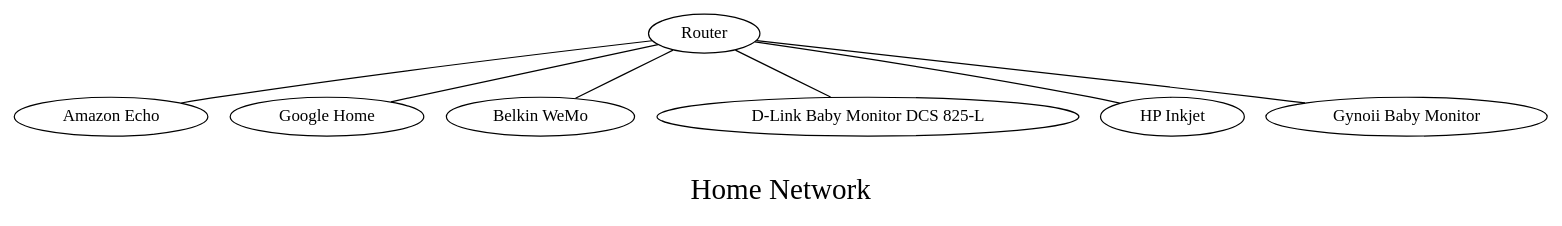
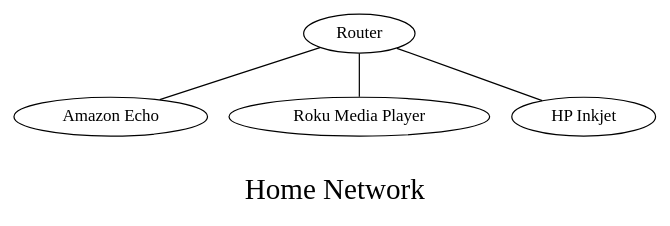
One commit to joshpxyne/iot-sec-attack-circuits changed the diagram in deliverables/home_network.dot. Above: the diagram before and after it, drawn with Graphviz. The commit also changed 18 other files, not shown here.

```diff
--- a/deliverables/home_network.dot
+++ b/deliverables/home_network.dot
@@ -1,22 +1,16 @@
 /*****
 Home Network
 *****/
 
 graph G {
   graph [splines=true overlap=false]
   node  [shape=ellipse, width=0.3, height=0.3]
   1 [label="Router"];
   2 [label="Amazon Echo"];
-  3 [label="Google Home"];
-  4 [label="Belkin WeMo"];
-  5 [label="D-Link Baby Monitor DCS 825-L"];
-  6 [label="HP Inkjet"];
-  7 [label="Gynoii Baby Monitor"];
+  3 [label="Roku Media Player"];
+  4 [label="HP Inkjet"];
   1 -- 2;
   1 -- 3;
   1 -- 4;
-  1 -- 5;
-  1 -- 6;
-  1 -- 7;
   label = "\nHome Network\n";  fontsize=24;
 }
```
